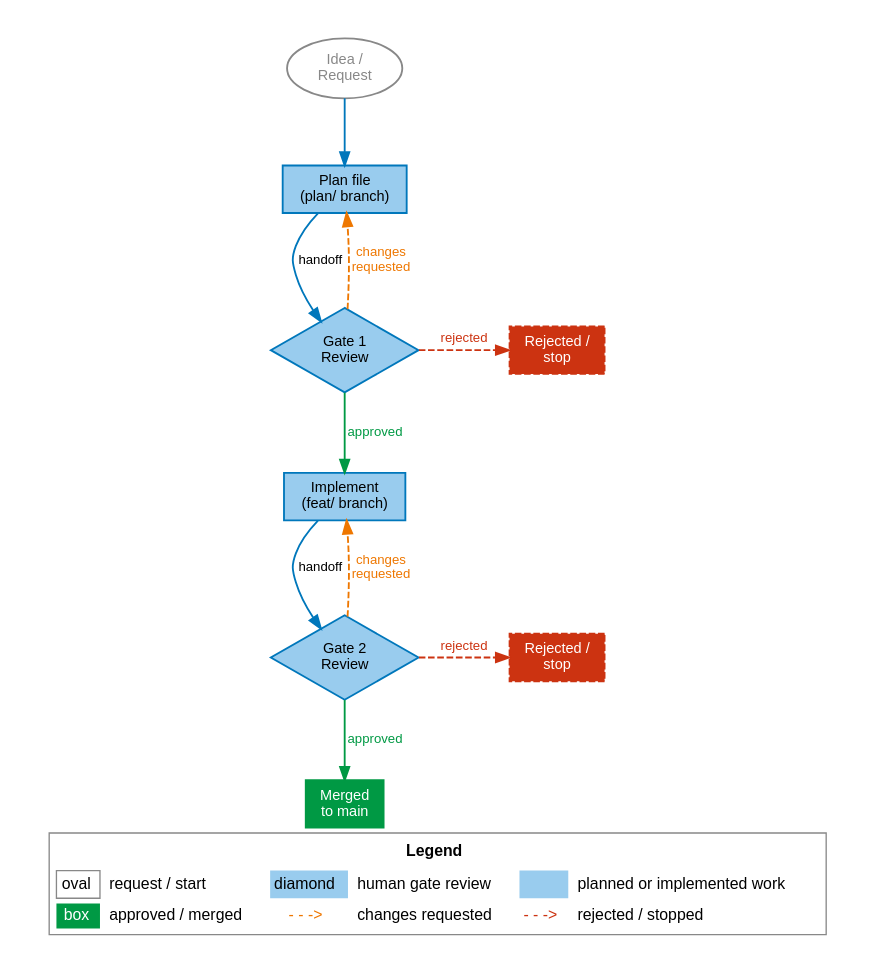
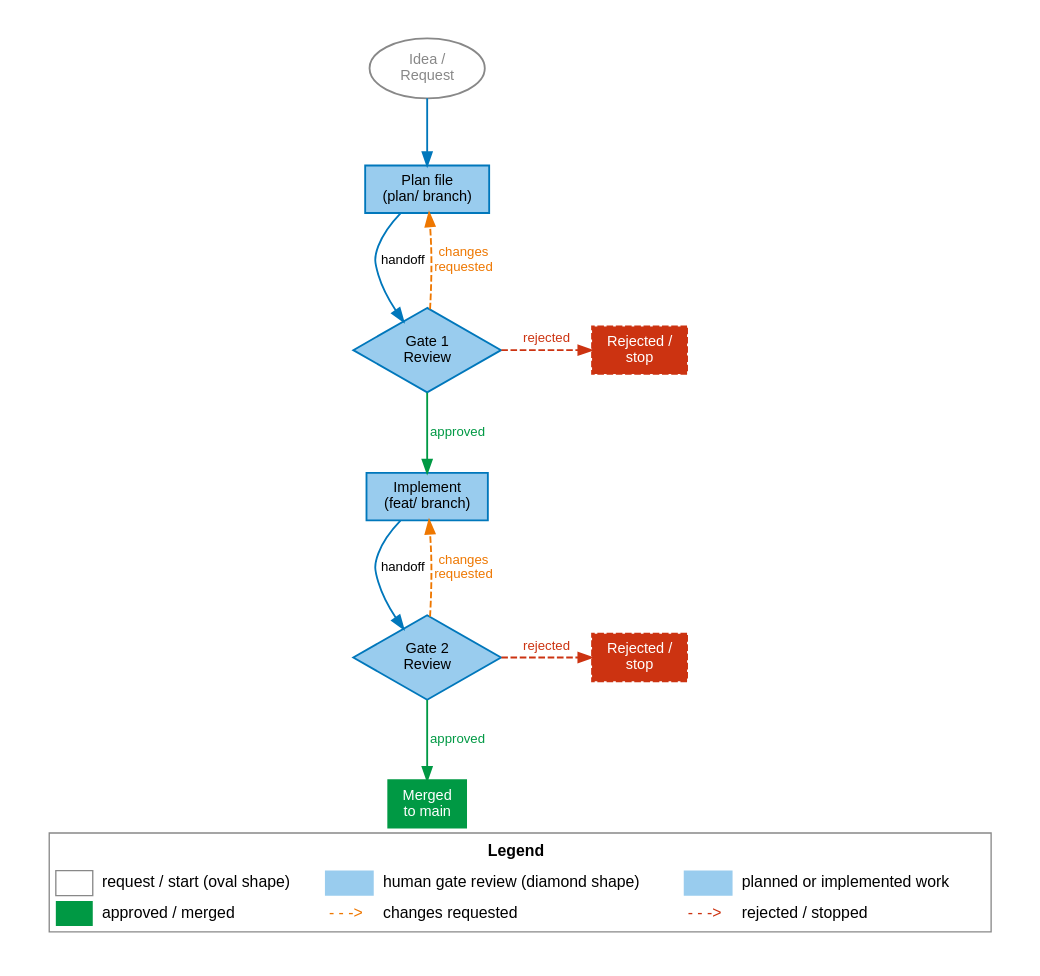
The diagram in agf/docs/figures/src/gate-pipeline.dot (janipaijanen/agf-mirror), drawn with Graphviz before and after one commit. The commit also changed 15 other files, not shown here.

First line of the commit message:
fix: remove leftover shape-name text from diagram legend swatches

```diff
--- a/agf/docs/figures/src/gate-pipeline.dot
+++ b/agf/docs/figures/src/gate-pipeline.dot
@@ -1,56 +1,56 @@
 // SPDX-License-Identifier: CC-BY-SA-4.0
 // agents-govern: Gate 1 / Gate 2 pipeline
 // Generate: dot -Tsvg gate-pipeline.dot -o ../gate-pipeline.svg
 digraph gate_pipeline {
     graph [rankdir=TB, splines=spline, pad=0.3, nodesep=0.4, ranksep=0.7,
            bgcolor=white, fontname="Helvetica", fontsize=12, labelloc=b, label=<
         <TABLE BORDER="1" CELLBORDER="0" CELLSPACING="4" CELLPADDING="3" COLOR="#888888" BGCOLOR="white">
             <TR><TD COLSPAN="6"><B>Legend</B></TD></TR>
             <TR>
-                <TD BORDER="1" COLOR="#888888" WIDTH="28">oval</TD><TD ALIGN="LEFT">request / start</TD>
-                <TD BGCOLOR="#99CCEE" WIDTH="28">diamond</TD><TD ALIGN="LEFT">human gate review</TD>
+                <TD BORDER="1" COLOR="#888888" WIDTH="28"></TD><TD ALIGN="LEFT">request / start (oval shape)</TD>
+                <TD BGCOLOR="#99CCEE" WIDTH="28"></TD><TD ALIGN="LEFT">human gate review (diamond shape)</TD>
                 <TD BGCOLOR="#99CCEE" WIDTH="28"></TD><TD ALIGN="LEFT">planned or implemented work</TD>
             </TR>
             <TR>
-                <TD BGCOLOR="#009944" WIDTH="28"><FONT COLOR="white">box</FONT></TD><TD ALIGN="LEFT">approved / merged</TD>
+                <TD BGCOLOR="#009944" WIDTH="28"></TD><TD ALIGN="LEFT">approved / merged</TD>
                 <TD><FONT COLOR="#EE7700">- - -&gt;</FONT></TD><TD ALIGN="LEFT">changes requested</TD>
                 <TD><FONT COLOR="#CC3311">- - -&gt;</FONT></TD><TD ALIGN="LEFT">rejected / stopped</TD>
             </TR>
         </TABLE>
     >]
     node  [fontname="Helvetica", fontsize=11, style=filled, shape=box,
            fillcolor="#99CCEE", color="#0077BB", penwidth=1.4]
     edge  [fontname="Helvetica", fontsize=10, color="#0077BB", penwidth=1.4]
 
     idea     [label="Idea /\nRequest", shape=ellipse, fillcolor=white,
               color="#888888", fontcolor="#888888"]
     plan     [label="Plan file\n(plan/ branch)"]
     gate1    [label="Gate 1\nReview", shape=diamond, fillcolor="#99CCEE",
               color="#0077BB"]
     impl     [label="Implement\n(feat/ branch)"]
     gate2    [label="Gate 2\nReview", shape=diamond, fillcolor="#99CCEE",
               color="#0077BB"]
     merged   [label="Merged\nto main", fillcolor="#009944", fontcolor=white,
               color="#009944"]
     rejected1 [label="Rejected /\nstop", fillcolor="#CC3311", fontcolor=white,
                color="#CC3311", style="filled,dashed"]
     rejected2 [label="Rejected /\nstop", fillcolor="#CC3311", fontcolor=white,
                color="#CC3311", style="filled,dashed"]
 
     idea  -> plan
     plan  -> gate1  [label="handoff"]
     gate1 -> impl   [label="approved", color="#009944", fontcolor="#009944"]
     gate1 -> plan   [label="changes\nrequested", style=dashed, color="#EE7700",
                      fontcolor="#EE7700"]
     gate1 -> rejected1 [label="rejected", style=dashed, color="#CC3311",
                         fontcolor="#CC3311", constraint=false]
     impl  -> gate2  [label="handoff"]
     gate2 -> merged [label="approved", color="#009944", fontcolor="#009944"]
     gate2 -> impl   [label="changes\nrequested", style=dashed, color="#EE7700",
                      fontcolor="#EE7700"]
     gate2 -> rejected2 [label="rejected", style=dashed, color="#CC3311",
                         fontcolor="#CC3311", constraint=false]
 
     { rank=same; gate1; rejected1 }
     { rank=same; gate2; rejected2 }
 }
```
